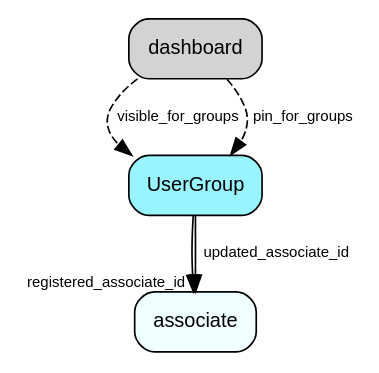
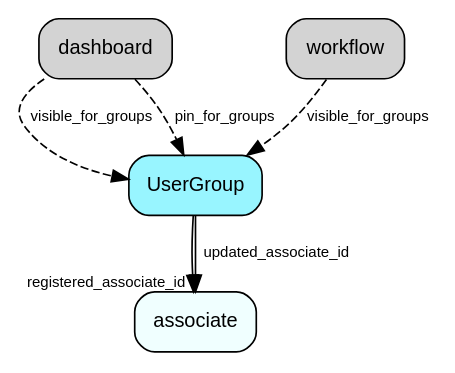
One commit to SuperOfficeDocs/superoffice-docs changed the diagram in docs/en/database/tables/media/UserGroup.dot. Above: the diagram before and after it, drawn with Graphviz. The commit also changed 680 other files, not shown here.

```diff
--- a/docs/en/database/tables/media/UserGroup.dot
+++ b/docs/en/database/tables/media/UserGroup.dot
@@ -1,11 +1,12 @@
 digraph UserGroup  {
 node [shape = box style="rounded, filled" fontname = "Helvetica" fontsize = "12" ]
 edge [fontname = "Helvetica" fontsize = "9"]
 
 UserGroup[fillcolor = "cadetblue1"]
 associate[fillcolor = "azure1"]
 UserGroup -> associate [headlabel = "registered_associate_id"]
 UserGroup -> associate [label = "updated_associate_id"]
 dashboard -> UserGroup [label = "visible_for_groups" style="dashed"]
 dashboard -> UserGroup [label = "pin_for_groups" style="dashed"]
+workflow -> UserGroup [label = "visible_for_groups" style="dashed"]
 }
```
